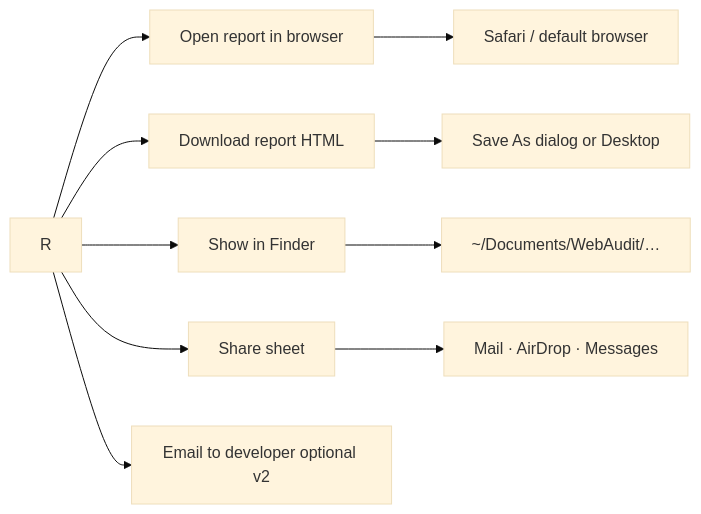
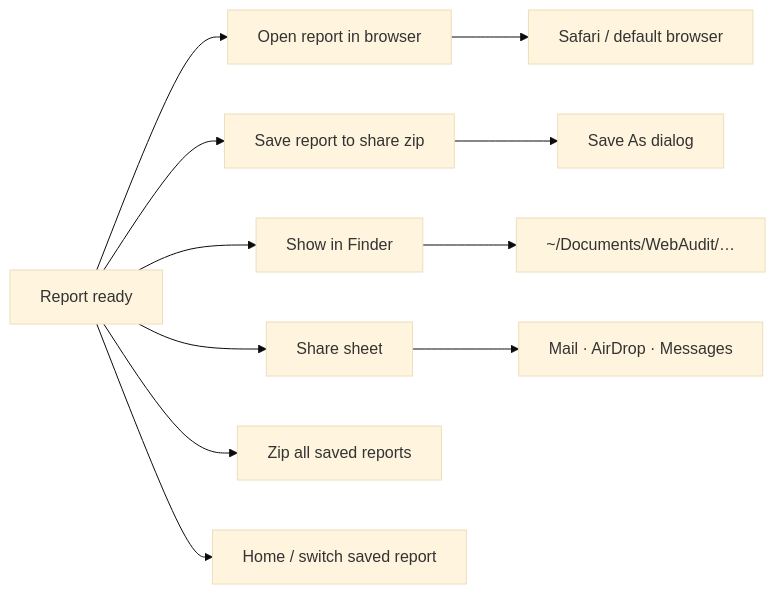
The fourth of 5 diagrams in designs/swift/user-flow.md (Vlad-1618M/web_audit), drawn with Mermaid (base theme) before and after one commit. The commit also changed other lines of this file and 75 other files, not shown here.

````diff
--- a/designs/swift/user-flow.md
+++ b/designs/swift/user-flow.md
@@ -82,13 +86,14 @@
 ```mermaid
 flowchart LR
-  R --> O[Open report in browser]
-  R --> D[Download report HTML]
+  R[Report ready] --> O[Open report in browser]
+  R --> D[Save report to share zip]
   R --> F[Show in Finder]
   R --> S[Share sheet]
-  R --> E[Email to developer optional v2]
+  R --> Z[Zip all saved reports]
+  R --> H[Home / switch saved report]
 
   O --> B[Safari / default browser]
-  D --> DL[Save As dialog or Desktop]
-  F --> FD[~/Documents/WebAudit/…]
+  D --> DL[Save As dialog]
+  F --> FD["~/Documents/WebAudit/…"]
   S --> M[Mail · AirDrop · Messages]
 ```
````
